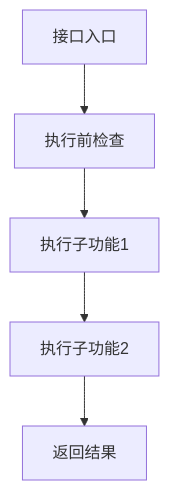
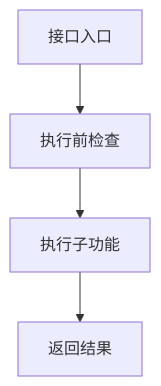
One commit to kunjiechen/Fc_Stack changed the second of 6 diagrams in .claude/skills/fc-implementation-workbench/references/templates/output-template.md. Above: the diagram before and after it, drawn with Mermaid. The commit also changed other lines of this file and 72 other files, not shown here.

````diff
--- a/.claude/skills/fc-implementation-workbench/references/templates/output-template.md
+++ b/.claude/skills/fc-implementation-workbench/references/templates/output-template.md
@@ -103,7 +203,6 @@
 ```mermaid
 flowchart TD
     A[接口入口] --> B[执行前检查]
-    B --> C[执行子功能1]
-    C --> D[执行子功能2]
-    D --> E[返回结果]
+    B --> C[执行子功能]
+    C --> D[返回结果]
 ```
````
